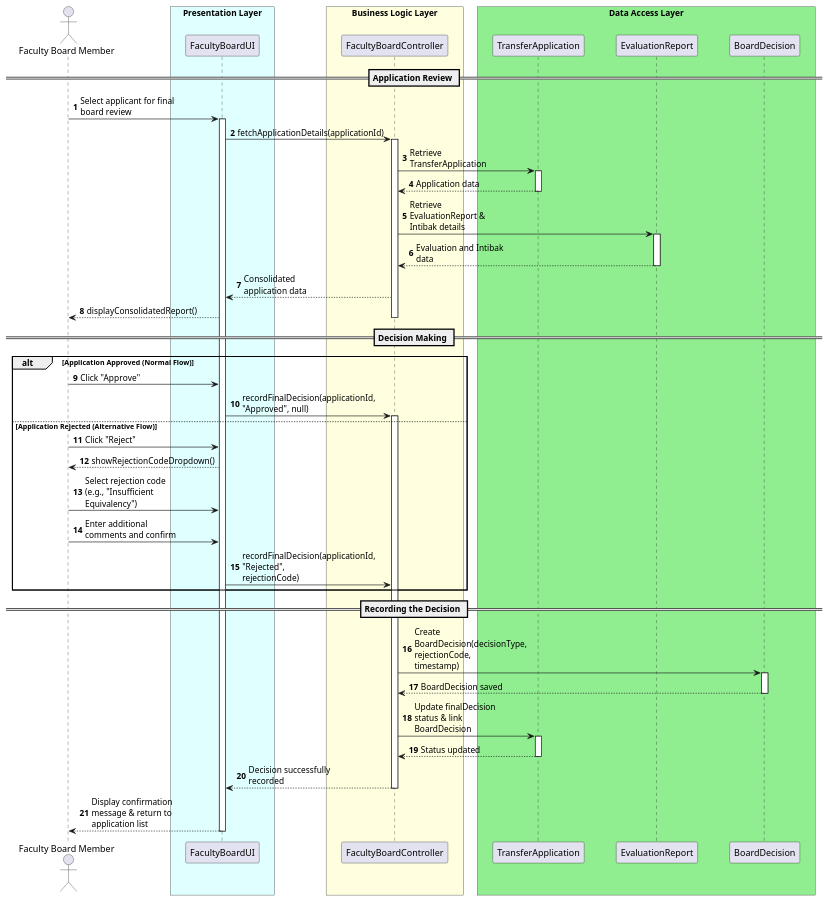
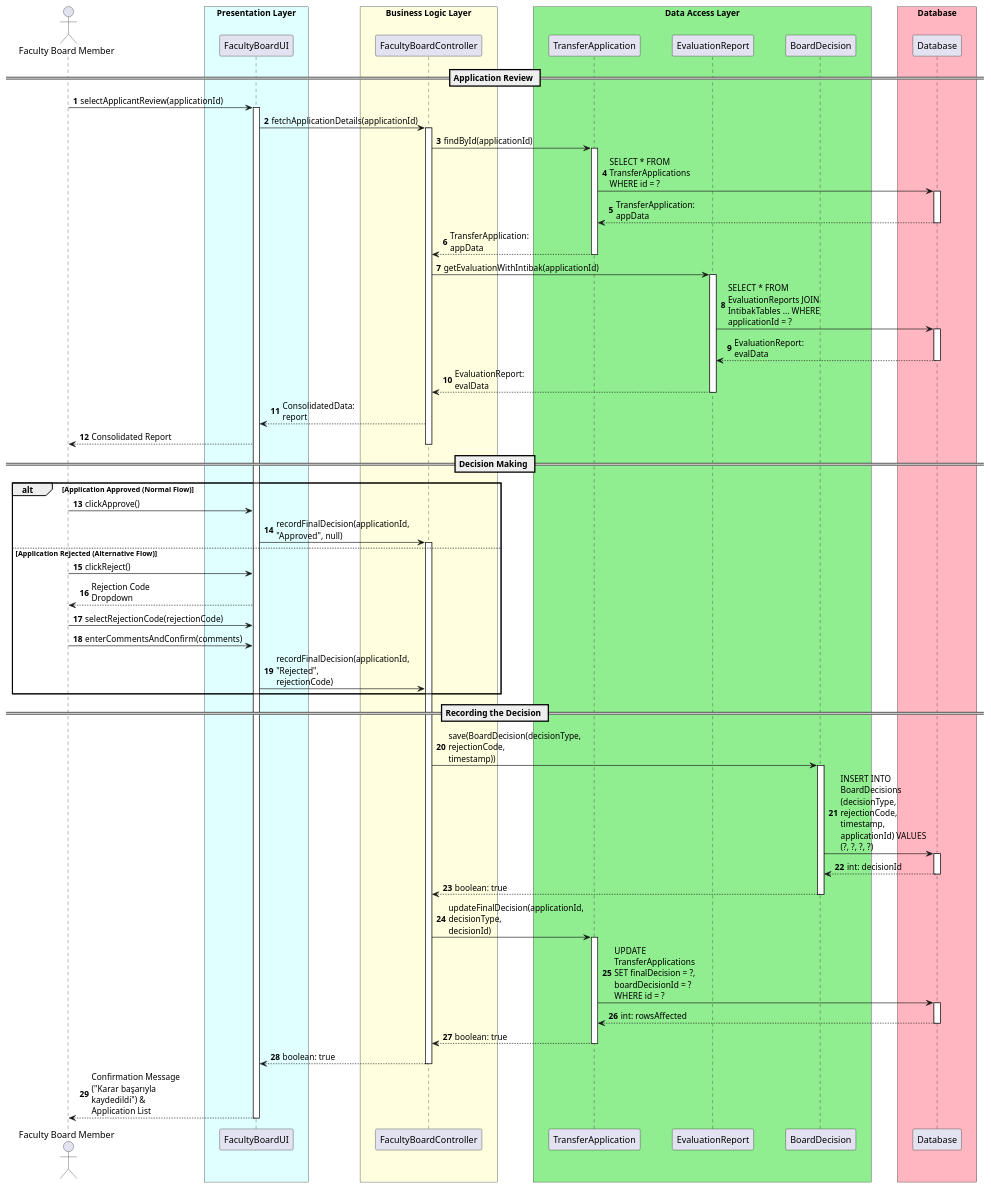
Before and after one commit to UTMS-G02/utms: the diagram in docs/uml/uc-11.puml, drawn with PlantUML. The commit also changed 4 other files, not shown here.

```diff
--- a/docs/uml/uc-11.puml
+++ b/docs/uml/uc-11.puml
@@ -1,77 +1,96 @@
 @startuml uc-11
 autonumber
 skinparam maxMessageSize 150
 skinparam ParticipantPadding 20
 skinparam BoxPadding 10
 
 actor "Faculty Board Member" as Board
 
 box "Presentation Layer" #LightCyan
 participant "FacultyBoardUI" as UI
 end box
 
 box "Business Logic Layer" #LightYellow
 participant "FacultyBoardController" as Controller
 end box
 
 box "Data Access Layer" #LightGreen
 participant "TransferApplication" as AppDB
 participant "EvaluationReport" as EvalDB
 participant "BoardDecision" as DecisionDB
 end box
 
+box "Database" #LightPink
+participant "Database" as DB
+end box
+
 == Application Review ==
-Board -> UI: Select applicant for final board review
+Board -> UI: selectApplicantReview(applicationId)
 activate UI
 
 UI -> Controller: fetchApplicationDetails(applicationId)
 activate Controller
 
-Controller -> AppDB: Retrieve TransferApplication
+Controller -> AppDB: findById(applicationId)
 activate AppDB
-AppDB --> Controller: Application data
+AppDB -> DB: SELECT * FROM TransferApplications WHERE id = ?
+activate DB
+DB --> AppDB: TransferApplication: appData
+deactivate DB
+AppDB --> Controller: TransferApplication: appData
 deactivate AppDB
 
-Controller -> EvalDB: Retrieve EvaluationReport & Intibak details
+Controller -> EvalDB: getEvaluationWithIntibak(applicationId)
 activate EvalDB
-EvalDB --> Controller: Evaluation and Intibak data
+EvalDB -> DB: SELECT * FROM EvaluationReports JOIN IntibakTables ... WHERE applicationId = ?
+activate DB
+DB --> EvalDB: EvaluationReport: evalData
+deactivate DB
+EvalDB --> Controller: EvaluationReport: evalData
 deactivate EvalDB
 
-
-
-Controller --> UI: Consolidated application data
-UI --> Board: displayConsolidatedReport()
+Controller --> UI: ConsolidatedData: report
+UI --> Board: Consolidated Report
 deactivate Controller
 
 == Decision Making ==
 alt Application Approved (Normal Flow)
-    Board -> UI: Click "Approve"
+    Board -> UI: clickApprove()
     UI -> Controller: recordFinalDecision(applicationId, "Approved", null)
     activate Controller
     
 else Application Rejected (Alternative Flow)
-    Board -> UI: Click "Reject"
-    UI --> Board: showRejectionCodeDropdown()
-    Board -> UI: Select rejection code (e.g., "Insufficient Equivalency") 
-    Board -> UI: Enter additional comments and confirm
+    Board -> UI: clickReject()
+    UI --> Board: Rejection Code Dropdown
+    
+    Board -> UI: selectRejectionCode(rejectionCode)
+    Board -> UI: enterCommentsAndConfirm(comments)
     UI -> Controller: recordFinalDecision(applicationId, "Rejected", rejectionCode)
 end
 
 == Recording the Decision ==
-Controller -> DecisionDB: Create BoardDecision(decisionType, rejectionCode, timestamp)
+Controller -> DecisionDB: save(BoardDecision(decisionType, rejectionCode, timestamp))
 activate DecisionDB
-DecisionDB --> Controller: BoardDecision saved
+DecisionDB -> DB: INSERT INTO BoardDecisions (decisionType, rejectionCode, timestamp, applicationId) VALUES (?, ?, ?, ?)
+activate DB
+DB --> DecisionDB: int: decisionId
+deactivate DB
+DecisionDB --> Controller: boolean: true
 deactivate DecisionDB
 
-Controller -> AppDB: Update finalDecision status & link BoardDecision
+Controller -> AppDB: updateFinalDecision(applicationId, decisionType, decisionId)
 activate AppDB
-AppDB --> Controller: Status updated
+AppDB -> DB: UPDATE TransferApplications SET finalDecision = ?, boardDecisionId = ? WHERE id = ?
+activate DB
+DB --> AppDB: int: rowsAffected
+deactivate DB
+AppDB --> Controller: boolean: true
 deactivate AppDB
 
-Controller --> UI: Decision successfully recorded
+Controller --> UI: boolean: true
 deactivate Controller
 
-UI --> Board: Display confirmation message & return to application list
+UI --> Board: Confirmation Message ("Karar başarıyla kaydedildi") & Application List
 deactivate UI
 
 @enduml
```
